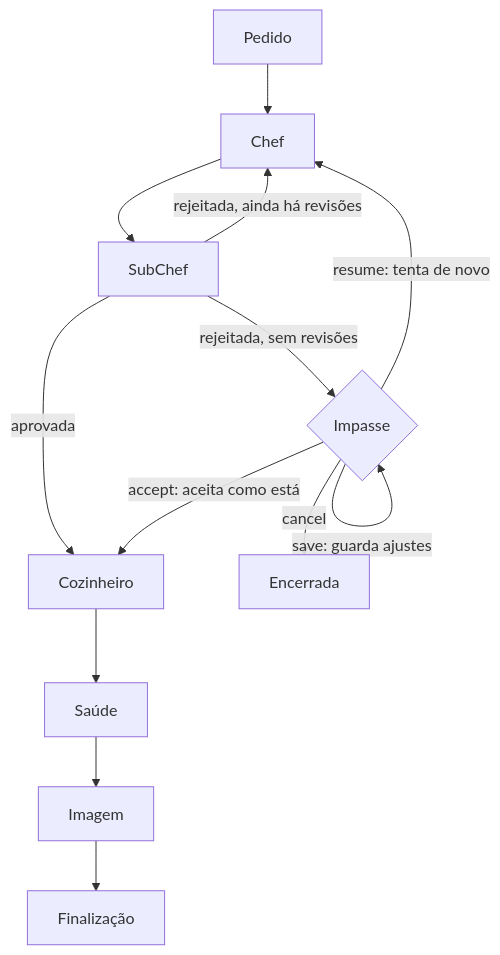
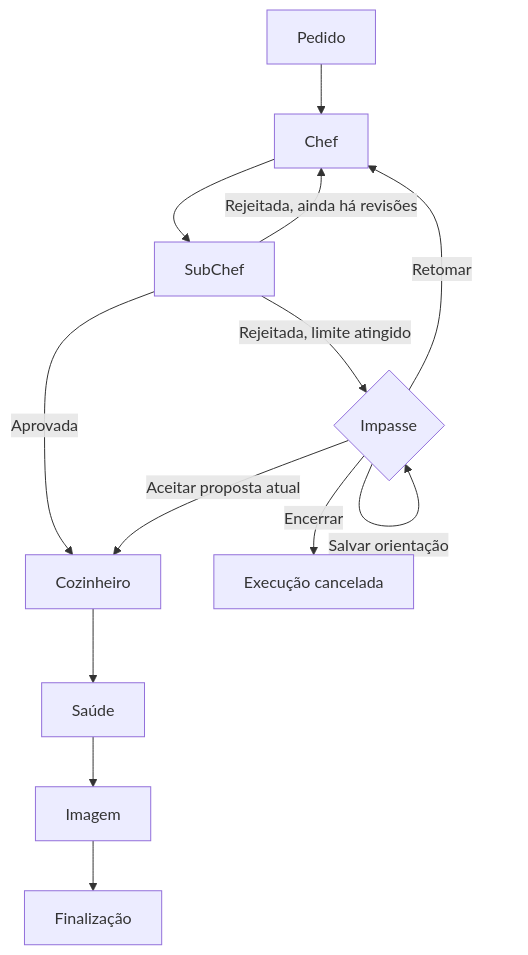
The diagram in README.md (Caio-GBrayner/Coxinh.IA), drawn with Mermaid before and after one commit. The commit also changed other lines of this file, not shown here.

````diff
--- a/README.md
+++ b/README.md
@@ -76,13 +111,15 @@
 ```mermaid
 flowchart TD
     P[Pedido] --> C[Chef]
     C --> S[SubChef]
-    S -->|aprovada| K[Cozinheiro]
-    S -->|rejeitada, ainda há revisões| C
-    S -->|rejeitada, sem revisões| I{Impasse}
-    I -->|save: guarda ajustes| I
-    I -->|resume: tenta de novo| C
-    I -->|accept: aceita como está| K
-    I -->|cancel| X[Encerrada]
-    K --> H[Saúde] --> M[Imagem] --> F[Finalização]
+    S -->|Aprovada| K[Cozinheiro]
+    S -->|Rejeitada, ainda há revisões| C
+    S -->|Rejeitada, limite atingido| I{Impasse}
+    I -->|Salvar orientação| I
+    I -->|Retomar| C
+    I -->|Aceitar proposta atual| K
+    I -->|Encerrar| X[Execução cancelada]
+    K --> H[Saúde]
+    H --> M[Imagem]
+    M --> F[Finalização]
 ```
````
